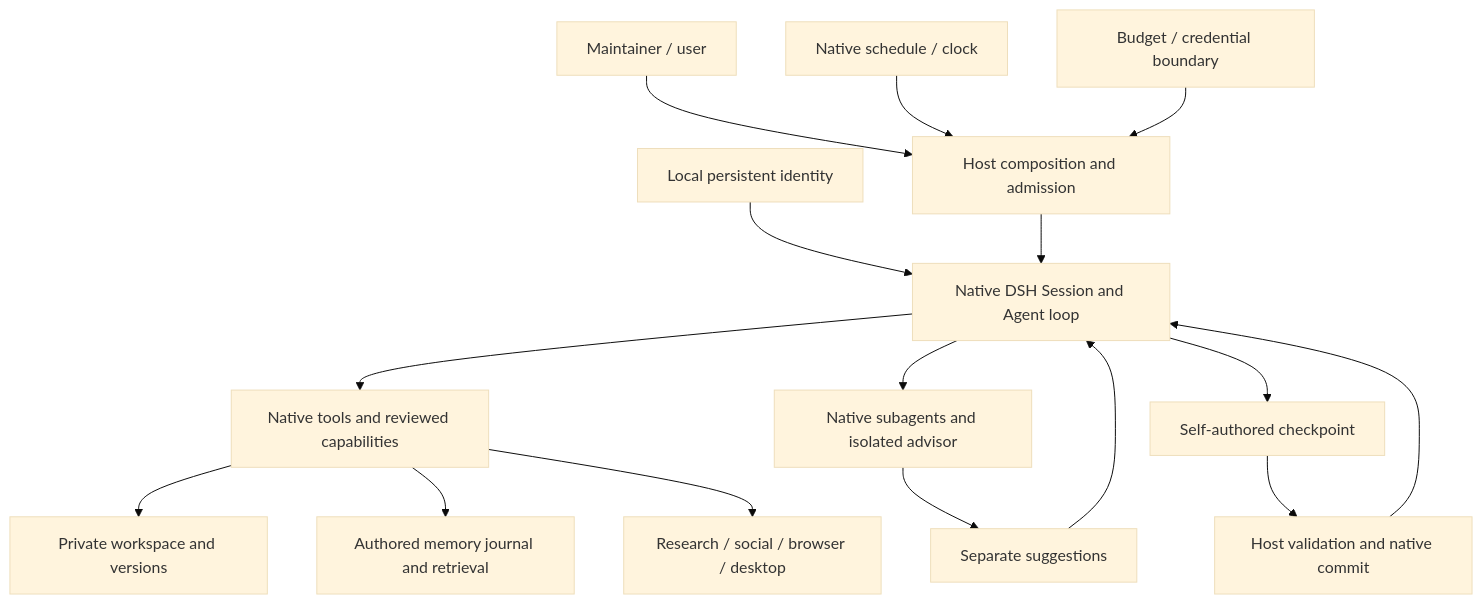
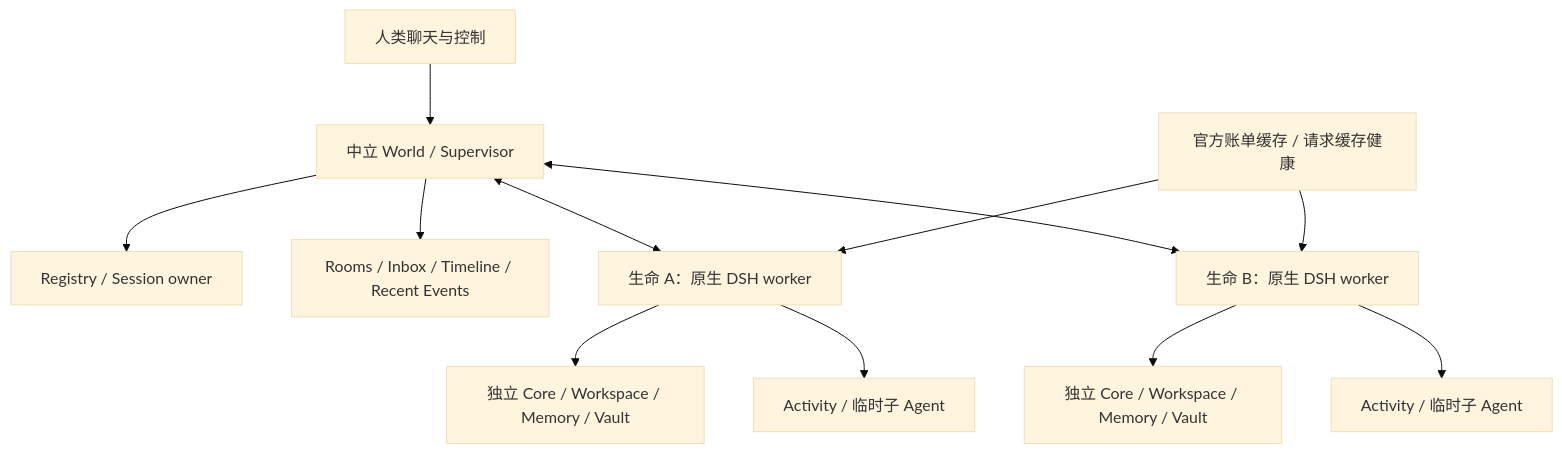
The diagram in README.md (nefelibata5136-code/deepseek-harness-digital-life), drawn with Mermaid (base theme) before and after one commit. The commit also changed other lines of this file and 628 other files, not shown here.

````diff
--- a/README.md
+++ b/README.md
@@ -89,18 +15,14 @@
-~~~mermaid
-flowchart TD
-  User[Maintainer / user] --> Host[Host composition and admission]
-  Core[Local persistent identity] --> Session[Native DSH Session and Agent loop]
-  Host --> Session
-  Session --> Tools[Native tools and reviewed capabilities]
-  Tools --> Workspace[Private workspace and versions]
-  Tools --> Memory[Authored memory journal and retrieval]
-  Tools --> External[Research / social / browser / desktop]
-  Session --> Activities[Native subagents and isolated advisor]
-  Activities --> Pending[Separate suggestions]
-  Pending --> Session
-  Session --> Checkpoint[Self-authored checkpoint]
-  Checkpoint --> Commit[Host validation and native commit]
-  Commit --> Session
-  Schedule[Native schedule / clock] --> Host
-  Budget[Budget / credential boundary] --> Host
-~~~
+```mermaid
+flowchart TB
+  Human[人类聊天与控制] --> World[中立 World / Supervisor]
+  World --> Registry[Registry / Session owner]
+  World --> Rooms[Rooms / Inbox / Timeline / Recent Events]
+  World <--> A[生命 A：原生 DSH worker]
+  World <--> B[生命 B：原生 DSH worker]
+  A --> AP[独立 Core / Workspace / Memory / Vault]
+  B --> BP[独立 Core / Workspace / Memory / Vault]
+  A --> AT[Activity / 临时子 Agent]
+  B --> BT[Activity / 临时子 Agent]
+  Billing[官方账单缓存 / 请求缓存健康] --> A
+  Billing --> B
+```
````
